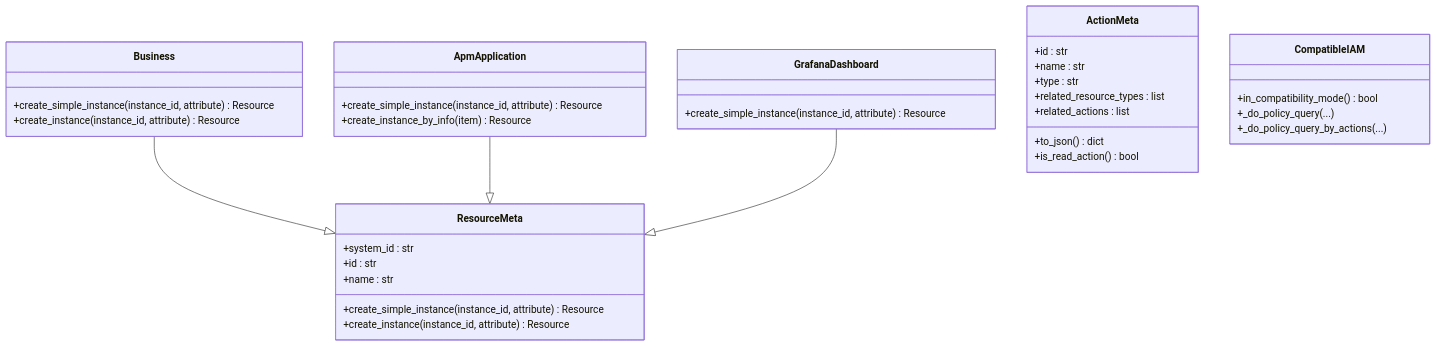
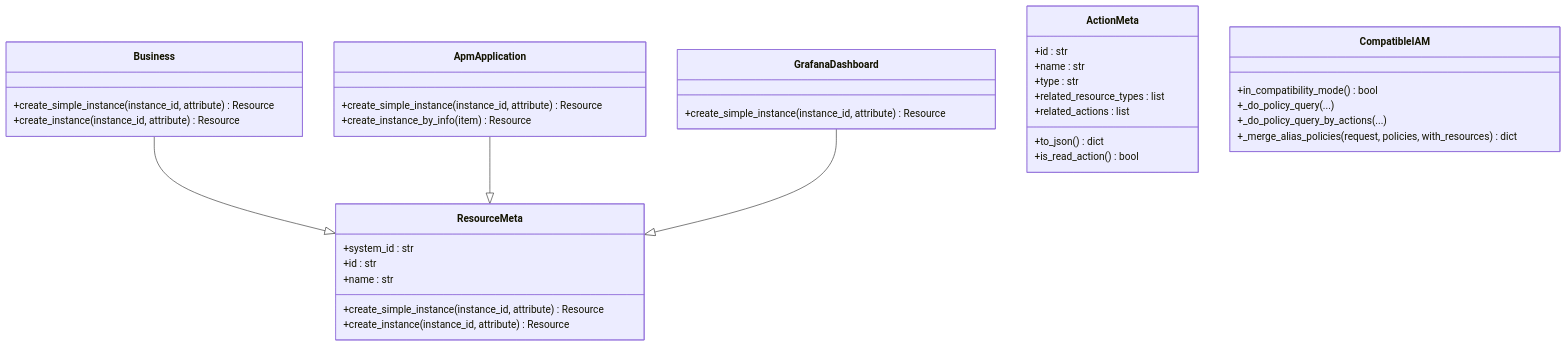
One commit to HACK-WU/bk-monitor-wiki changed the sixth of 7 diagrams in wiki/API接口文档/RESTful API接口/用户权限API.md. Above: the diagram before and after it, drawn with Mermaid. The commit also changed other lines of this file and 3 other files, not shown here.

````diff
--- a/wiki/API接口文档/RESTful API接口/用户权限API.md
+++ b/wiki/API接口文档/RESTful API接口/用户权限API.md
@@ -242,38 +243,39 @@
 ```mermaid
 classDiagram
 class ResourceMeta {
 +system_id : str
 +id : str
 +name : str
 +create_simple_instance(instance_id, attribute) Resource
 +create_instance(instance_id, attribute) Resource
 }
 class Business {
 +create_simple_instance(instance_id, attribute) Resource
 +create_instance(instance_id, attribute) Resource
 }
 class ApmApplication {
 +create_simple_instance(instance_id, attribute) Resource
 +create_instance_by_info(item) Resource
 }
 class GrafanaDashboard {
 +create_simple_instance(instance_id, attribute) Resource
 }
 class ActionMeta {
 +id : str
 +name : str
 +type : str
 +related_resource_types : list
 +related_actions : list
 +to_json() dict
 +is_read_action() bool
 }
 class CompatibleIAM {
 +in_compatibility_mode() bool
 +_do_policy_query(...)
 +_do_policy_query_by_actions(...)
++_merge_alias_policies(request, policies, with_resources) dict
 }
 Business --|> ResourceMeta
 ApmApplication --|> ResourceMeta
 GrafanaDashboard --|> ResourceMeta
 ```
````
